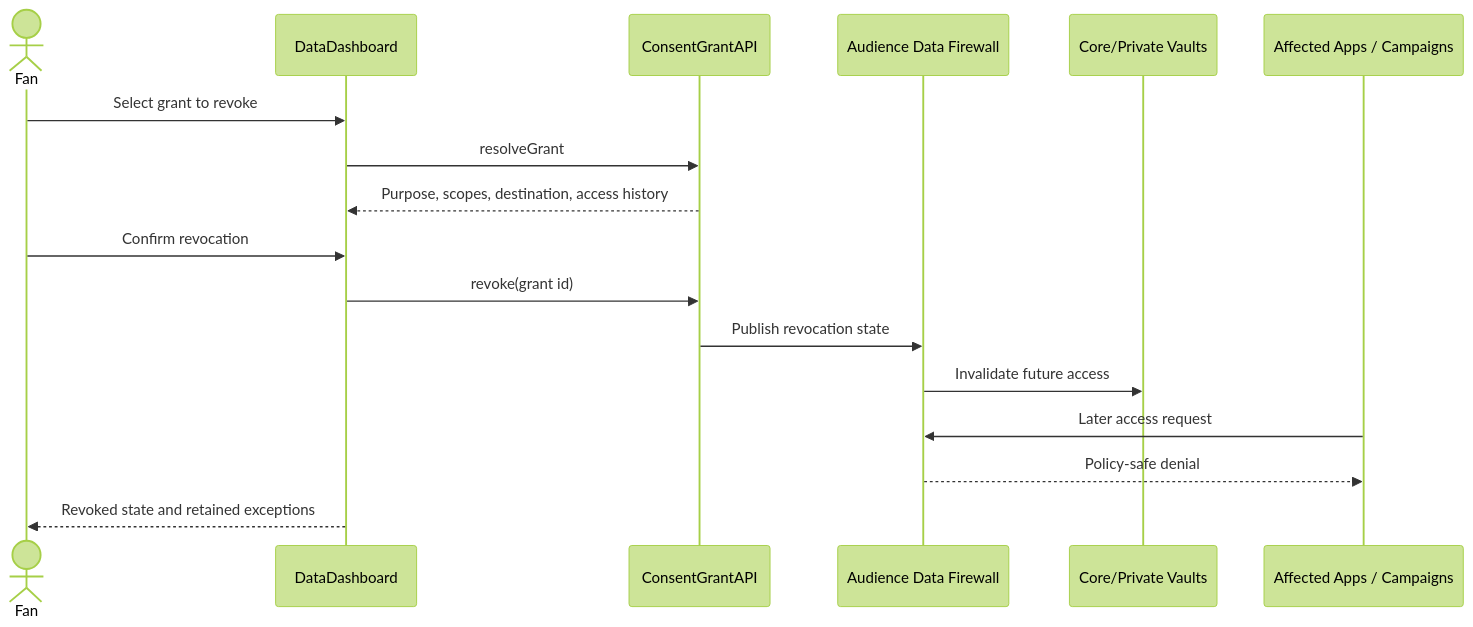
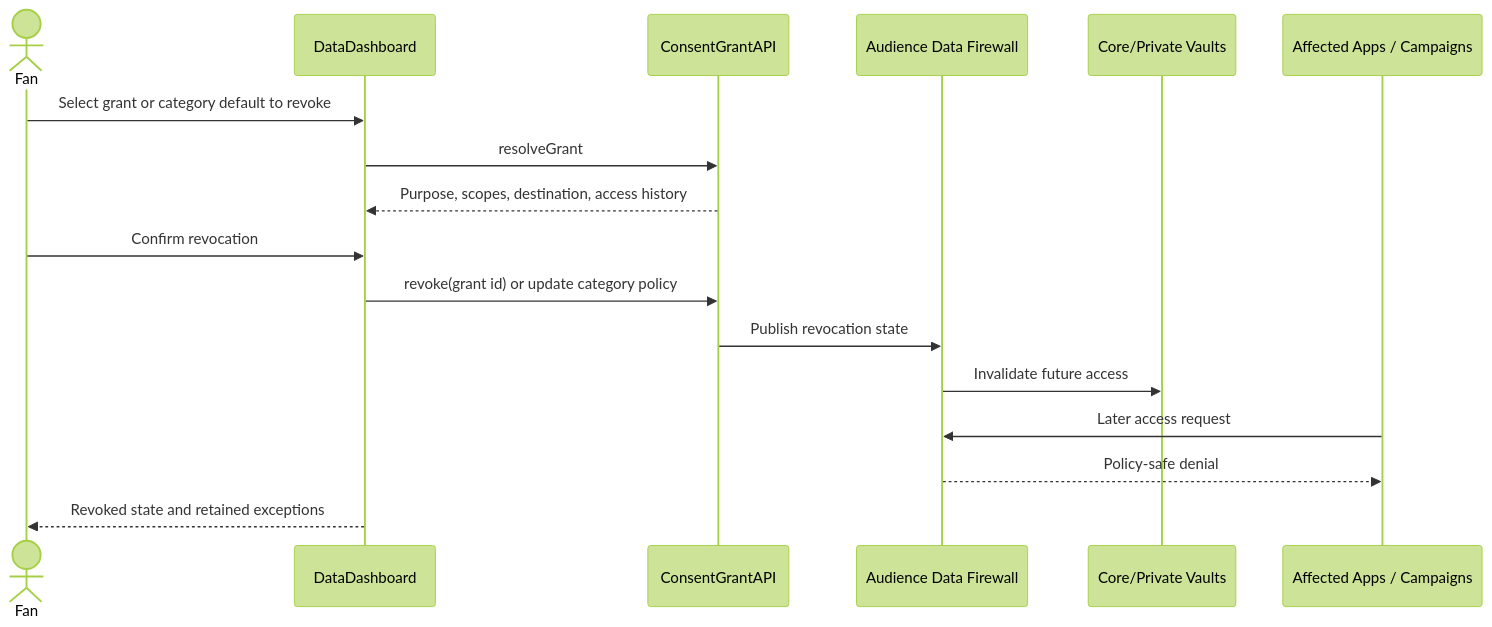
One commit to fahdabidi/Loom changed the fifth of 29 diagrams in docs/Architecture/03-identity-fan-data-wallets-and-fan-app-shell.md. Above: the diagram before and after it, drawn with Mermaid (forest theme). The commit also changed other lines of this file and 35 other files, not shown here.

````diff
--- a/docs/Architecture/03-identity-fan-data-wallets-and-fan-app-shell.md
+++ b/docs/Architecture/03-identity-fan-data-wallets-and-fan-app-shell.md
@@ -286,20 +294,20 @@
 ```mermaid
 sequenceDiagram
   actor F as Fan
   participant DD as DataDashboard
   participant CG as ConsentGrantAPI
   participant ADF as Audience Data Firewall
   participant Vaults as Core/Private Vaults
   participant Apps as Affected Apps / Campaigns
 
-  F->>DD: Select grant to revoke
+  F->>DD: Select grant or category default to revoke
   DD->>CG: resolveGrant
   CG-->>DD: Purpose, scopes, destination, access history
   F->>DD: Confirm revocation
-  DD->>CG: revoke(grant id)
+  DD->>CG: revoke(grant id) or update category policy
   CG->>ADF: Publish revocation state
   ADF->>Vaults: Invalidate future access
   Apps->>ADF: Later access request
   ADF-->>Apps: Policy-safe denial
   DD-->>F: Revoked state and retained exceptions
 ```
````
